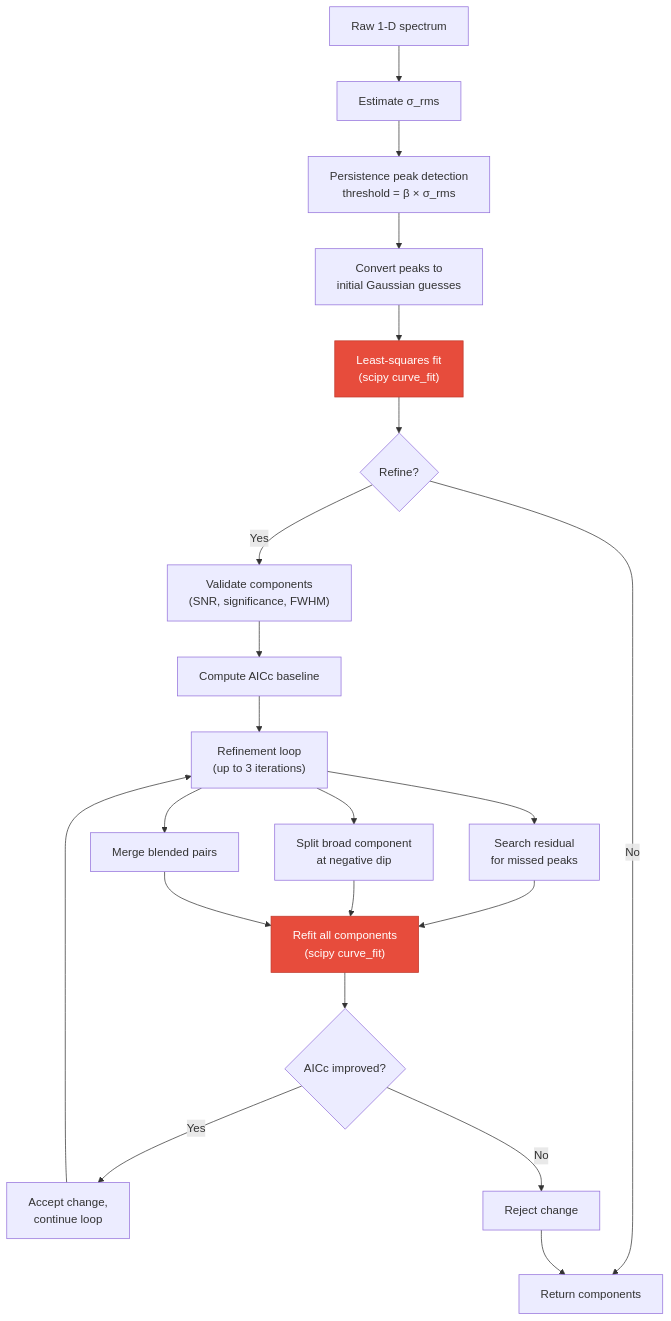
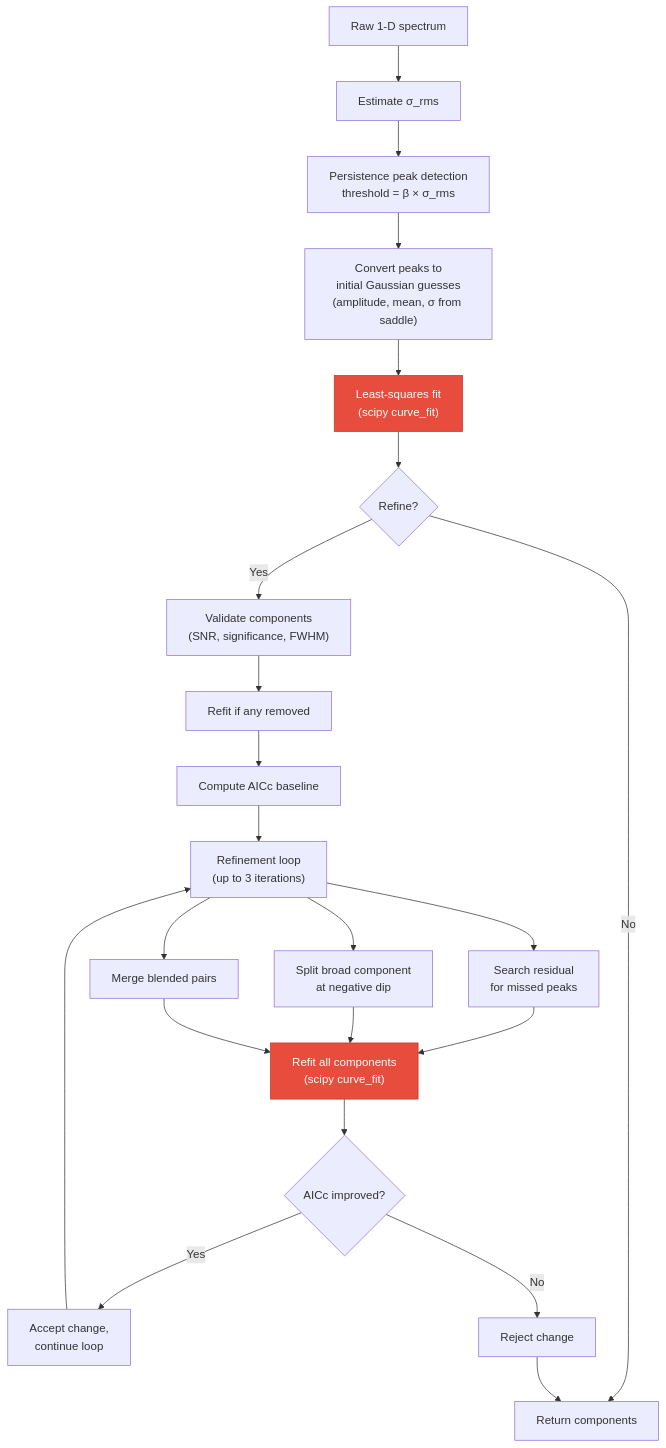
The diagram in packages/docs/docs/idea-and-plan/persistent-homology-primer.md (caverac/phspectra), drawn with Mermaid before and after one commit. The commit also changed other lines of this file and 15 other files, not shown here.

````diff
--- a/packages/docs/docs/idea-and-plan/persistent-homology-primer.md
+++ b/packages/docs/docs/idea-and-plan/persistent-homology-primer.md
@@ -100,24 +122,25 @@
 ```mermaid
 flowchart TD
     A["Raw 1-D spectrum"] --> B["Estimate σ_rms"]
     B --> C["Persistence peak detection<br/>threshold = β × σ_rms"]
-    C --> D["Convert peaks to<br/>initial Gaussian guesses"]
+    C --> D["Convert peaks to<br/>initial Gaussian guesses<br/>(amplitude, mean, σ from saddle)"]
     D --> E["Least-squares fit<br/>(scipy curve_fit)"]
     E --> F{"Refine?"}
     F -- No --> G["Return components"]
     F -- Yes --> H["Validate components<br/>(SNR, significance, FWHM)"]
-    H --> I["Compute AICc baseline"]
-    I --> J["Refinement loop<br/>(up to 3 iterations)"]
-    J --> K["Search residual<br/>for missed peaks"]
-    J --> L["Split broad component<br/>at negative dip"]
-    J --> M["Merge blended pairs"]
-    K & L & M --> R["Refit all components<br/>(scipy curve_fit)"]
-    R --> N{"AICc improved?"}
-    N -- Yes --> O["Accept change,<br/>continue loop"]
-    N -- No --> P["Reject change"]
-    O --> J
+    H --> I["Refit if any removed"]
+    I --> J["Compute AICc baseline"]
+    J --> K["Refinement loop<br/>(up to 3 iterations)"]
+    K --> L["Search residual<br/>for missed peaks"]
+    K --> M["Split broad component<br/>at negative dip"]
+    K --> N["Merge blended pairs"]
+    L & M & N --> R["Refit all components<br/>(scipy curve_fit)"]
+    R --> Q{"AICc improved?"}
+    Q -- Yes --> O["Accept change,<br/>continue loop"]
+    Q -- No --> P["Reject change"]
+    O --> K
     P --> G
 
     style E fill:#e74c3c,color:#fff,stroke:#c0392b
     style R fill:#e74c3c,color:#fff,stroke:#c0392b
 ```
````
